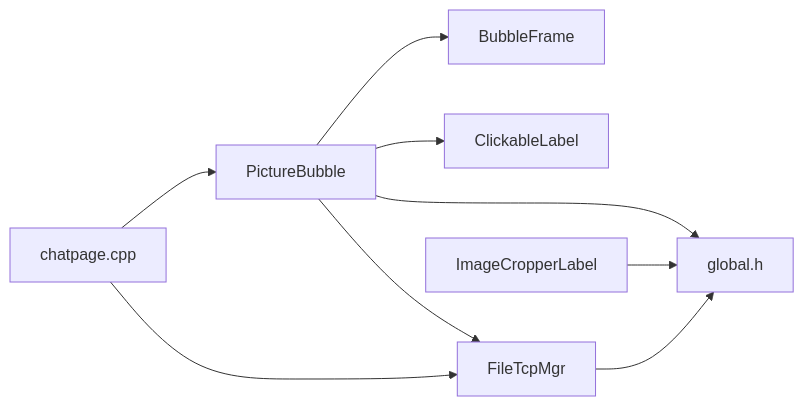
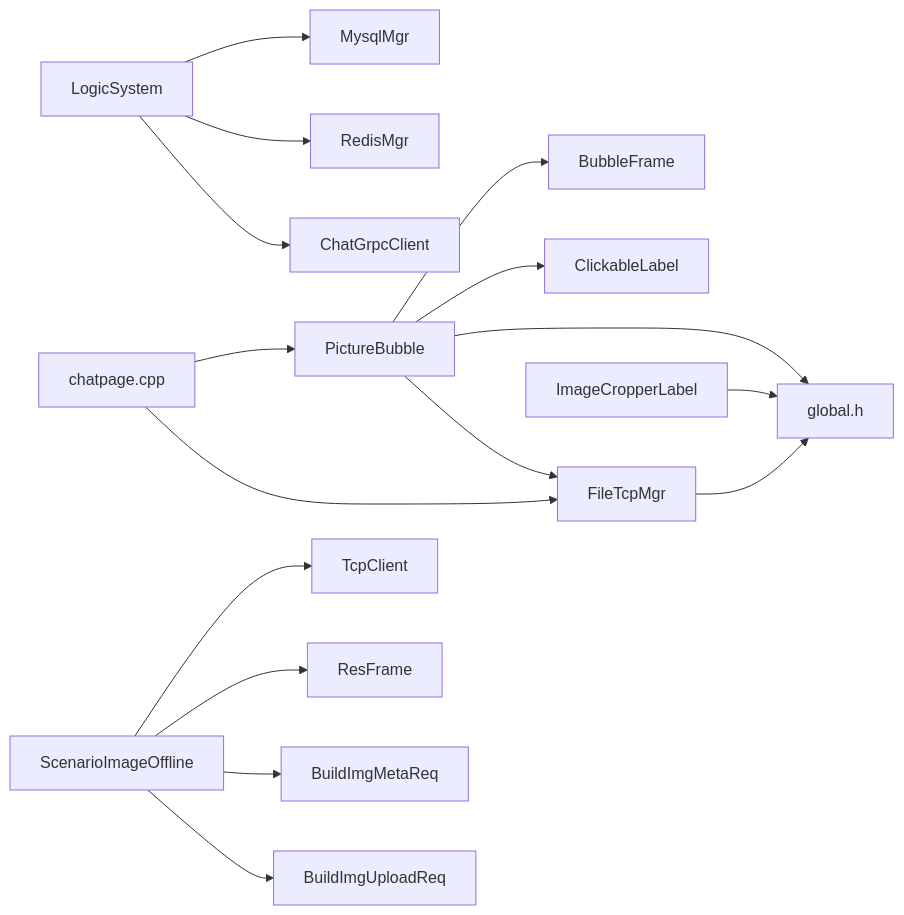
One commit to echo9923/mychatter changed the sixth of 6 diagrams in .qoder/repowiki/zh/content/核心功能模块/聊天消息系统/图片消息处理.md. Above: the diagram before and after it, drawn with Mermaid. The commit also changed other lines of this file and 54 other files, not shown here.

````diff
--- a/.qoder/repowiki/zh/content/核心功能模块/聊天消息系统/图片消息处理.md
+++ b/.qoder/repowiki/zh/content/核心功能模块/聊天消息系统/图片消息处理.md
@@ -333,11 +401,18 @@
 ```mermaid
 graph LR
 PB["PictureBubble"] --> BF["BubbleFrame"]
 PB --> CL["ClickableLabel"]
 PB --> GH["global.h"]
 PB --> FT["FileTcpMgr"]
 IC["ImageCropperLabel"] --> GH
 FT --> GH
+LS["LogicSystem"] --> MM["MysqlMgr"]
+LS --> RM["RedisMgr"]
+LS --> CGC["ChatGrpcClient"]
+Test["ScenarioImageOffline"] --> TC["TcpClient"]
+Test --> RF["ResFrame"]
+Test --> BMR["BuildImgMetaReq"]
+Test --> BUR["BuildImgUploadReq"]
 CP["chatpage.cpp"] --> PB
 CP --> FT
 ```
````
